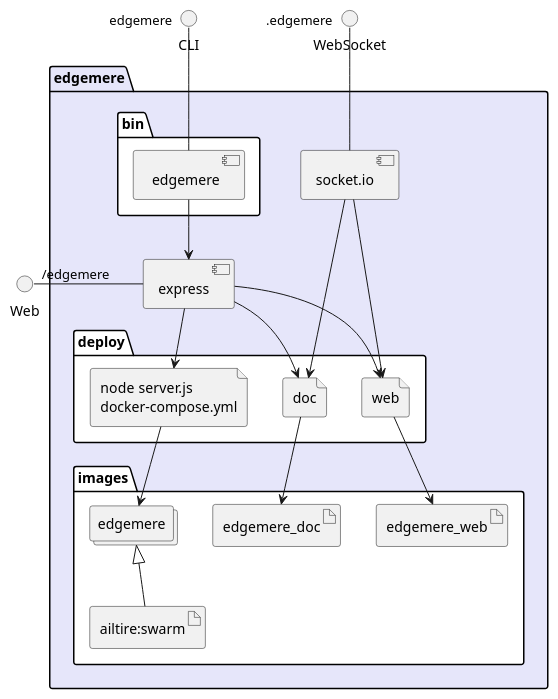
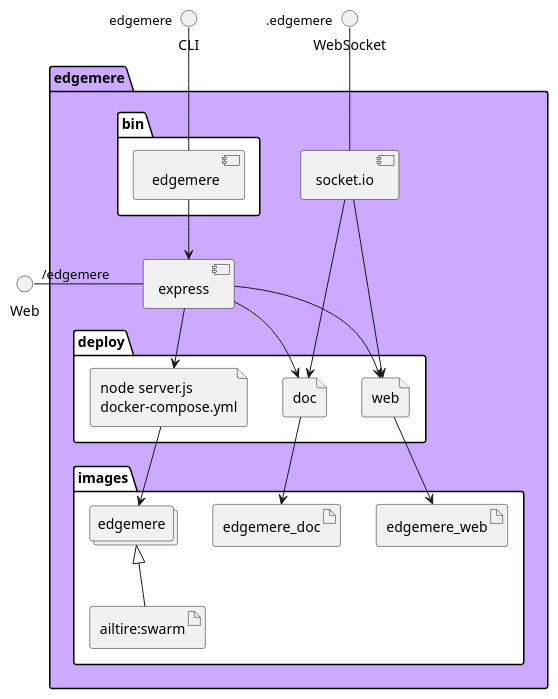
Before and after one commit to madajaju/edgemere: the diagram in docs/edgemere/envs/local/physical.puml, drawn with PlantUML. The commit also changed 148 other files, not shown here.

```diff
--- a/docs/edgemere/envs/local/physical.puml
+++ b/docs/edgemere/envs/local/physical.puml
@@ -1,46 +1,46 @@
 @startuml
   interface CLI
   interface Web
   interface WebSocket
-package "edgemere" #lavender {
+package "edgemere" #ccaaff {
   component express as REST
   component socket.io as socket
   folder bin #ffffff {
     component " edgemere" as binName
   }
   binName --> REST
 
   folder deploy #ffffff {
       file "node server.js\ndocker-compose.yml" as edgemere_container
       REST --> edgemere_container
 
   
     file "web" as web_container
     REST --> web_container
     socket ---> web_container
   
     file "doc" as doc_container
     REST --> doc_container
     socket ---> doc_container
   
   }
   folder images #ffffff {
     collections "edgemere" as edgemereimage
     artifact "ailtire:swarm" as ailtireswarm
     edgemereimage <|-- ailtireswarm
     edgemere_container --> edgemereimage
 
   
       artifact "edgemere_web" as edgemere_web
       web_container --> edgemere_web
     
       artifact "edgemere_doc" as edgemere_doc
       doc_container --> edgemere_doc
     
   }
 }
 CLI " edgemere" -- binName
 Web "/edgemere" - REST
 WebSocket ".edgemere" -- socket
 
 @enduml
```
